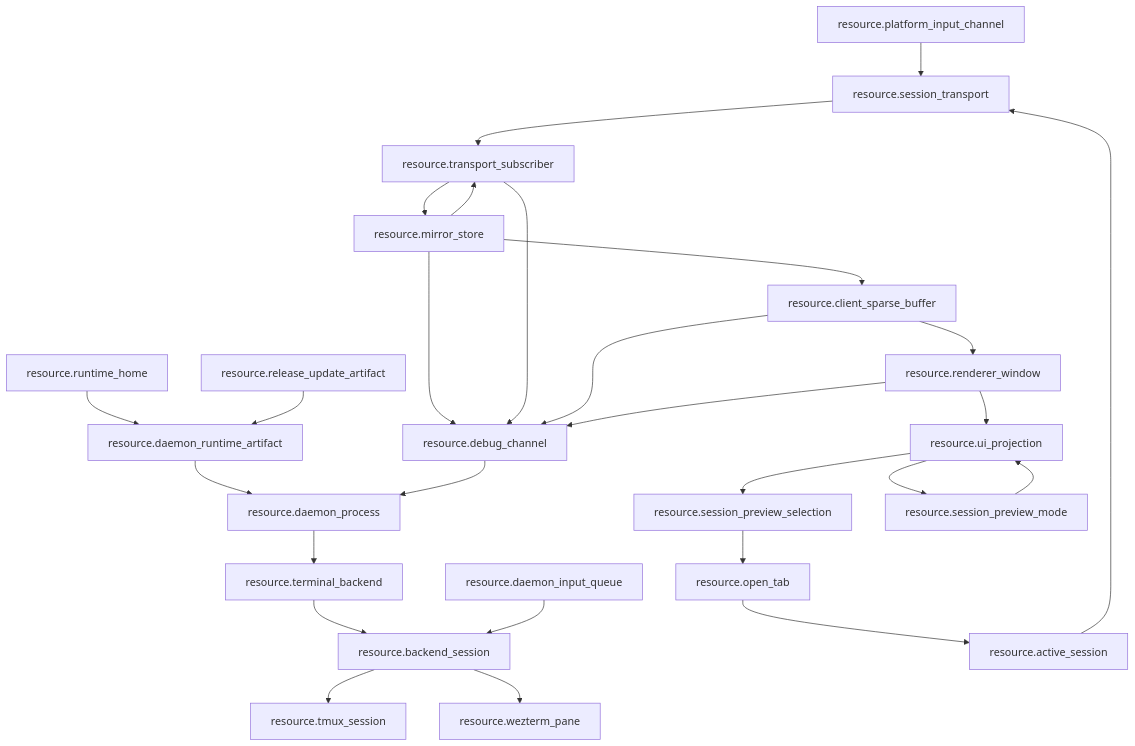
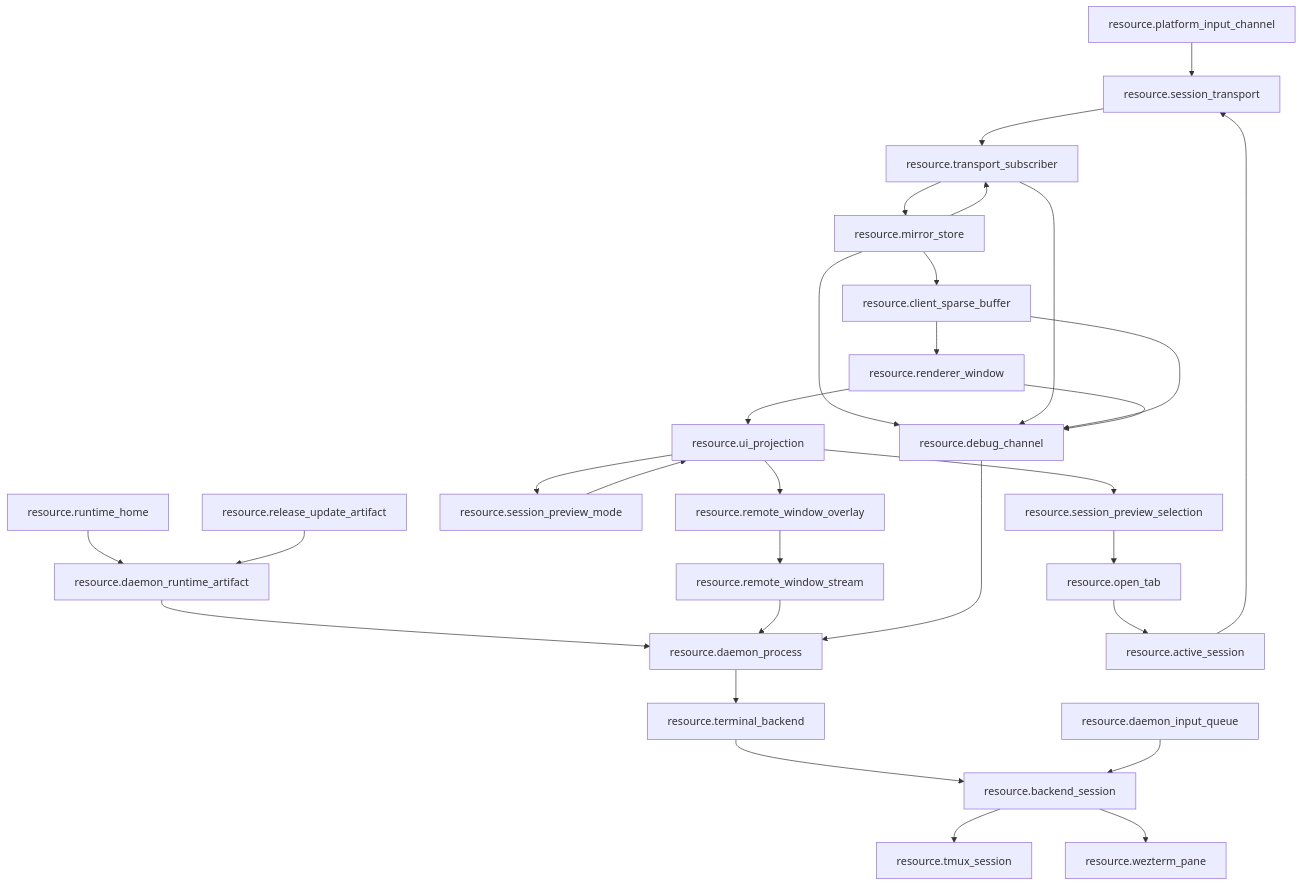
One commit to Jasonzhangf/zterm changed the fifth of 5 diagrams in android/docs/wiki/mainline-source.md. Above: the diagram before and after it, drawn with Mermaid. The commit also changed other lines of this file and 11 other files, not shown here.

Commit message:
docs: map remote window stream truth

````diff
--- a/android/docs/wiki/mainline-source.md
+++ b/android/docs/wiki/mainline-source.md
@@ -120,29 +122,32 @@
 ```mermaid
 flowchart TD
   RuntimeHome["resource.runtime_home"] --> DaemonArtifact["resource.daemon_runtime_artifact"]
   DaemonArtifact --> DaemonProcess["resource.daemon_process"]
   DaemonProcess --> TerminalBackend["resource.terminal_backend"]
   TerminalBackend --> BackendSession["resource.backend_session"]
   BackendSession --> TmuxSession["resource.tmux_session"]
   BackendSession --> WeztermPane["resource.wezterm_pane"]
   SessionTransport["resource.session_transport"] --> TransportSubscriber["resource.transport_subscriber"]
   TransportSubscriber --> MirrorStore["resource.mirror_store"]
   MirrorStore --> TransportSubscriber
   MirrorStore --> ClientSparseBuffer["resource.client_sparse_buffer"]
   ClientSparseBuffer --> RendererWindow["resource.renderer_window"]
   RendererWindow --> UiProjection["resource.ui_projection"]
   UiProjection --> PreviewSelection["resource.session_preview_selection"]
   UiProjection --> PreviewMode["resource.session_preview_mode"]
+  UiProjection --> RemoteWindowOverlay["resource.remote_window_overlay"]
+  RemoteWindowOverlay --> RemoteWindowStream["resource.remote_window_stream"]
+  RemoteWindowStream --> DaemonProcess
   PreviewSelection --> OpenTab
   PreviewMode --> UiProjection
   OpenTab["resource.open_tab"] --> ActiveSession["resource.active_session"]
   ActiveSession --> SessionTransport
   PlatformInput["resource.platform_input_channel"] --> SessionTransport
   DaemonInputQueue["resource.daemon_input_queue"] --> BackendSession
   ReleaseArtifact["resource.release_update_artifact"] --> DaemonArtifact
   DebugChannel["resource.debug_channel"] --> DaemonProcess
   MirrorStore --> DebugChannel
   TransportSubscriber --> DebugChannel
   ClientSparseBuffer --> DebugChannel
   RendererWindow --> DebugChannel
 ```
````
